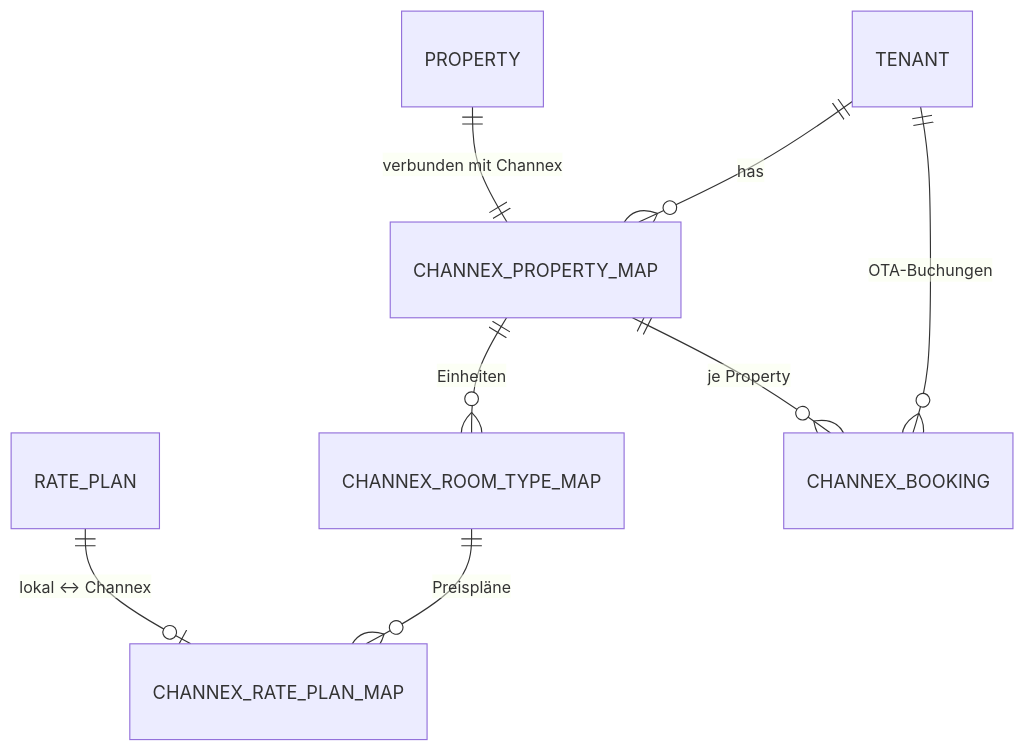
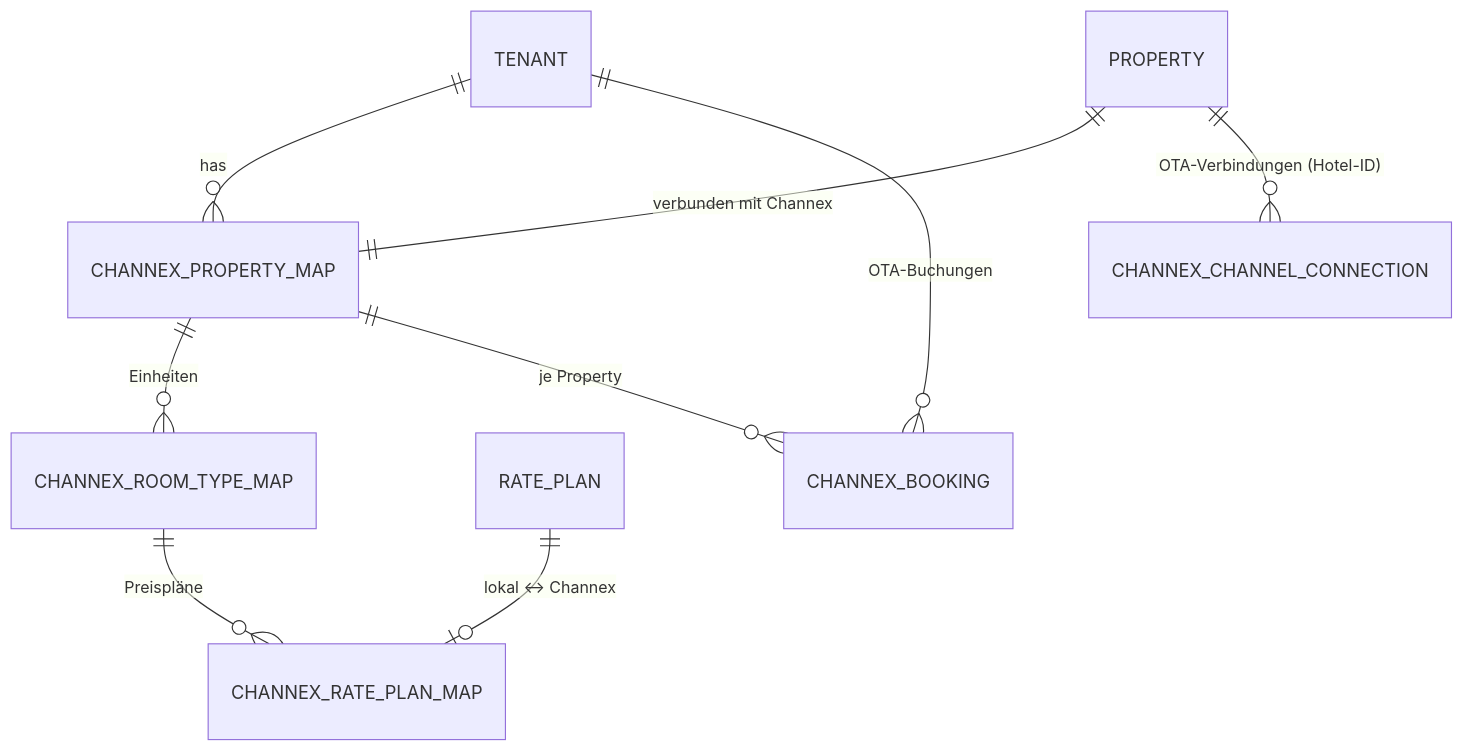
Before and after one commit to Andy1234567890-cmyk/NextDays: the seventh of 15 diagrams in docs/ARCHITECTURE.md, drawn with Mermaid. The commit also changed other lines of this file and 105 other files, not shown here.

````diff
--- a/docs/ARCHITECTURE.md
+++ b/docs/ARCHITECTURE.md
@@ -358,10 +358,11 @@
 ```mermaid
 erDiagram
     TENANT ||--o{ CHANNEX_PROPERTY_MAP : has
     PROPERTY ||--|| CHANNEX_PROPERTY_MAP : "verbunden mit Channex"
     CHANNEX_PROPERTY_MAP ||--o{ CHANNEX_ROOM_TYPE_MAP : "Einheiten"
     CHANNEX_ROOM_TYPE_MAP ||--o{ CHANNEX_RATE_PLAN_MAP : "Preispläne"
     RATE_PLAN ||--o| CHANNEX_RATE_PLAN_MAP : "lokal ↔ Channex"
     TENANT ||--o{ CHANNEX_BOOKING : "OTA-Buchungen"
     CHANNEX_PROPERTY_MAP ||--o{ CHANNEX_BOOKING : "je Property"
+    PROPERTY ||--o{ CHANNEX_CHANNEL_CONNECTION : "OTA-Verbindungen (Hotel-ID)"
 ```
````
